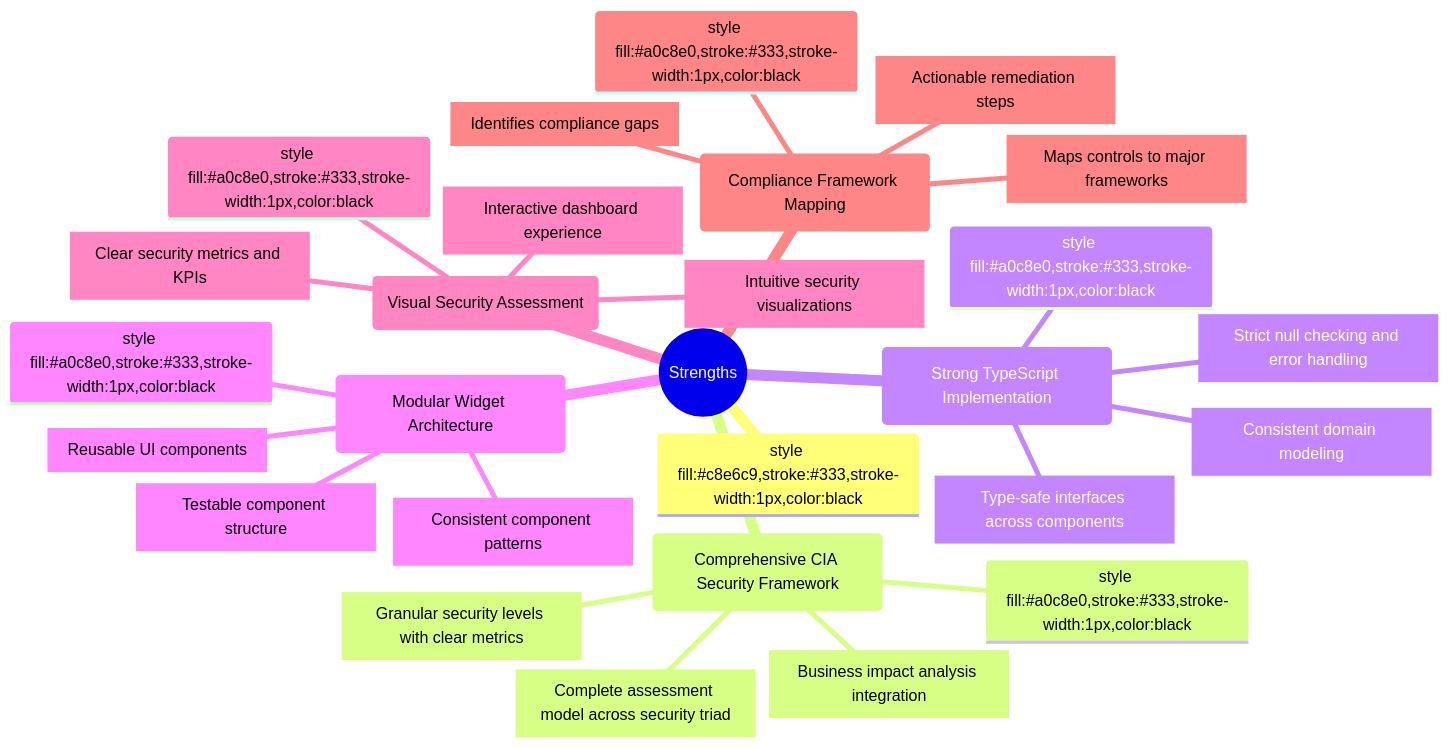
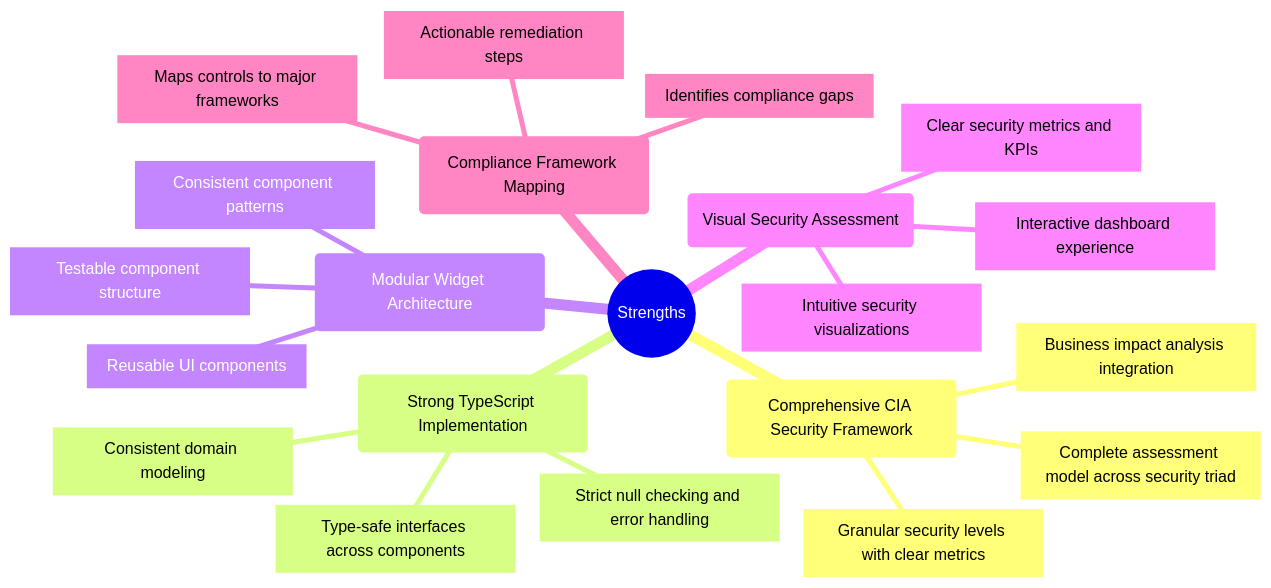
The second of 5 diagrams in docs/architecture/SWOT.md (Hack23/cia-compliance-manager), drawn with Mermaid before and after one commit. The commit also changed other lines of this file and 2 other files, not shown here.

Commit message:
Refactor state diagram class definitions for consistency and clarity

````diff
--- a/docs/architecture/SWOT.md
+++ b/docs/architecture/SWOT.md
@@ -66,30 +74,24 @@
 ```mermaid
 mindmap
   root((Strengths))
-    style fill:#c8e6c9,stroke:#333,stroke-width:1px,color:black
     id1(Comprehensive CIA Security Framework)
-      style fill:#a0c8e0,stroke:#333,stroke-width:1px,color:black
       id1.1[Complete assessment model across security triad]
       id1.2[Granular security levels with clear metrics]
       id1.3[Business impact analysis integration]
     id2(Strong TypeScript Implementation)
-      style fill:#a0c8e0,stroke:#333,stroke-width:1px,color:black
       id2.1[Type-safe interfaces across components]
       id2.2[Strict null checking and error handling]
       id2.3[Consistent domain modeling]
     id3(Modular Widget Architecture)
-      style fill:#a0c8e0,stroke:#333,stroke-width:1px,color:black
       id3.1[Reusable UI components]
       id3.2[Consistent component patterns]
       id3.3[Testable component structure]
     id4(Visual Security Assessment)
-      style fill:#a0c8e0,stroke:#333,stroke-width:1px,color:black
       id4.1[Intuitive security visualizations]
       id4.2[Interactive dashboard experience]
       id4.3[Clear security metrics and KPIs]
     id5(Compliance Framework Mapping)
-      style fill:#a0c8e0,stroke:#333,stroke-width:1px,color:black
       id5.1[Maps controls to major frameworks]
       id5.2[Identifies compliance gaps]
       id5.3[Actionable remediation steps]
 ```
````
